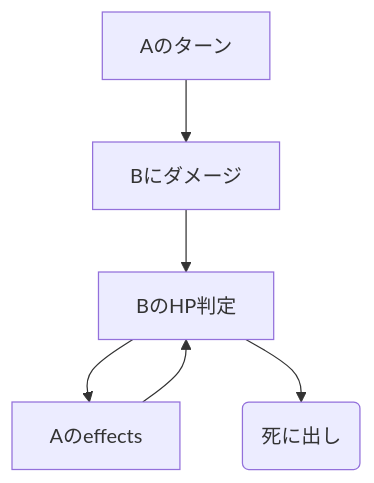
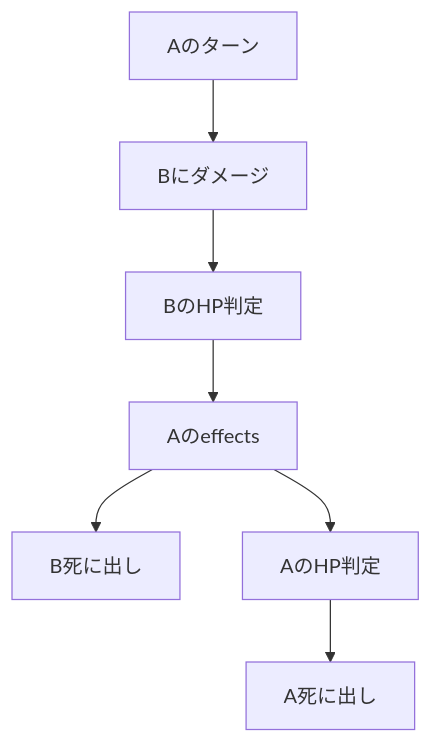
The first of 2 diagrams in flow.md (wogikaze/pokemon-ai), drawn with Mermaid before and after one commit. The commit also changed other lines of this file and 1 other file, not shown here.

Commit message:
追加：死に出し・勝敗(簡略化)

````diff
--- a/flow.md
+++ b/flow.md
@@ -99,5 +102,7 @@
 ```mermaid
 graph TD;
-Aのターン-->Bにダメージ-->BのHP判定-->Aのeffects-->BのHP判定-->\(死に出し)
-
+Aのターン-->Bにダメージ-->BのHP判定;
+BのHP判定-->Aのeffects;
+Aのeffects-->B死に出し;
+Aのeffects-->AのHP判定-->A死に出し;
 ```
````
